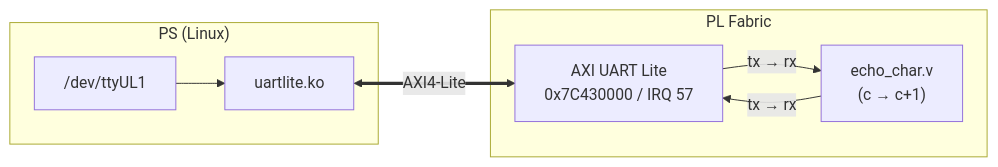
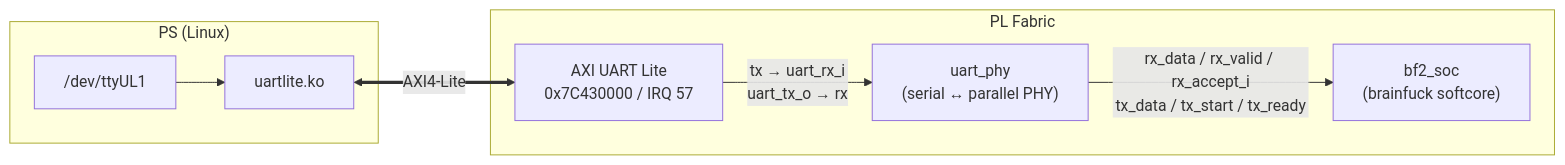
One commit to tocisz/ebaz4205-hdmi-demo changed the diagram in doc/PL_TTY_DEVICE.md. Above: the diagram before and after it, drawn with Mermaid. The commit also changed other lines of this file and 7 other files, not shown here.

````diff
--- a/doc/PL_TTY_DEVICE.md
+++ b/doc/PL_TTY_DEVICE.md
@@ -7,15 +21,16 @@
 ```mermaid
 graph LR
     subgraph ps["PS (Linux)"]
         tty["/dev/ttyUL1"]
         drv["uartlite.ko"]
         tty --> drv
     end
     subgraph pl["PL Fabric"]
         ulite["AXI UART Lite<br/>0x7C430000 / IRQ 57"]
-        ec["echo_char.v<br/>(c → c+1)"]
-        ulite -- "tx → rx" --> ec
-        ec   -- "tx → rx" --> ulite
+        phy["uart_phy<br/>(serial ↔ parallel PHY)"]
+        soc["bf2_soc<br/>(brainfuck softcore)"]
+        ulite -- "tx → uart_rx_i<br/>uart_tx_o → rx" --> phy
+        phy -- "rx_data / rx_valid / rx_accept_i<br/>tx_data / tx_start / tx_ready" --> soc
     end
     drv <== "AXI4-Lite" ==> ulite
 ```
````
